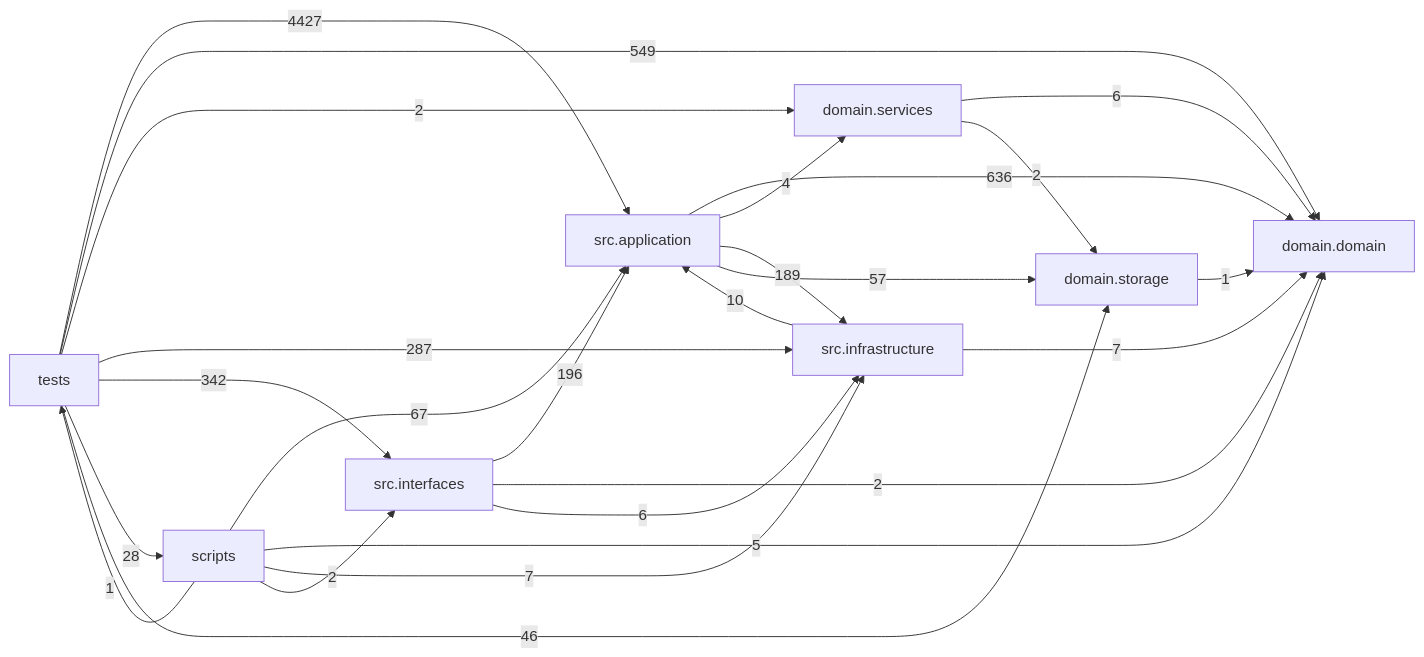
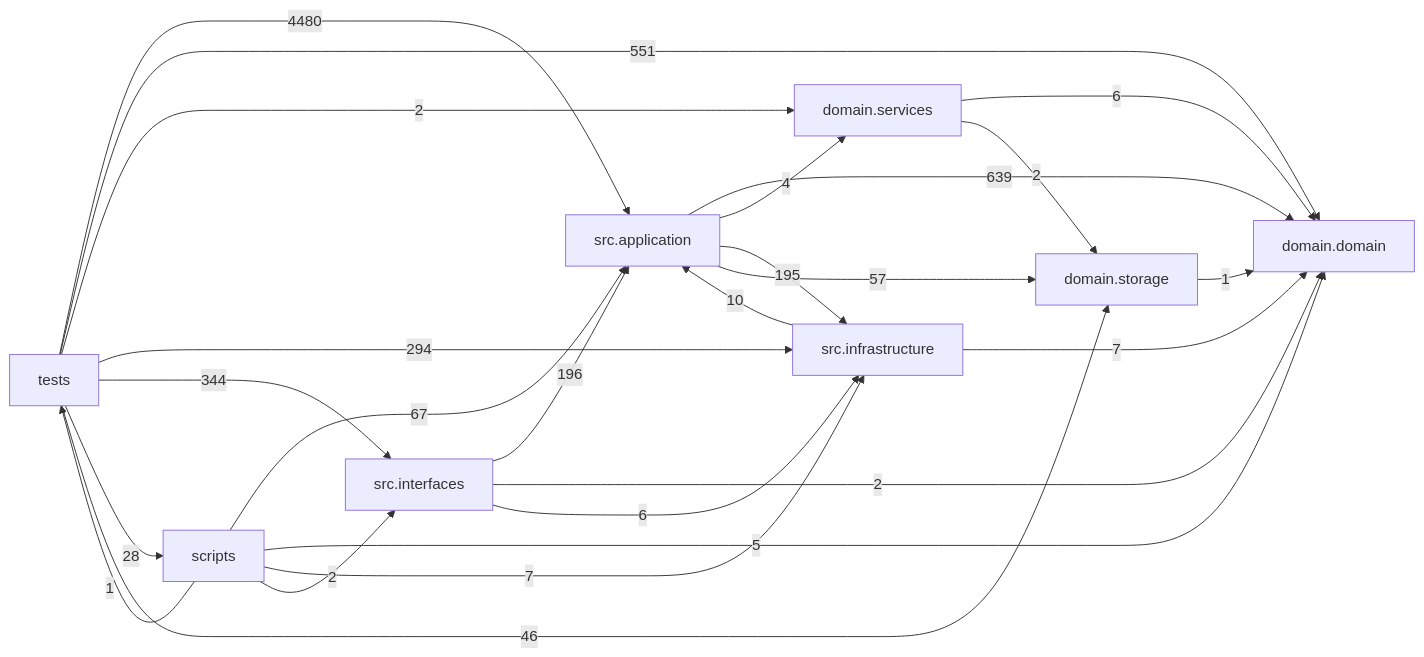
One commit to liuxie066/options-monitor changed the diagram in docs/DEPENDENCY_GRAPH.md. Above: the diagram before and after it, drawn with Mermaid. The commit also changed other lines of this file and 33 other files, not shown here.

````diff
--- a/docs/DEPENDENCY_GRAPH.md
+++ b/docs/DEPENDENCY_GRAPH.md
@@ -24,35 +24,35 @@
 ```mermaid
 flowchart LR
   tests["tests"]
   scripts["scripts"]
   interfaces["src.interfaces"]
   application["src.application"]
   infrastructure["src.infrastructure"]
   domain_services["domain.services"]
   domain["domain.domain"]
   storage["domain.storage"]
-  application -->|636| domain
+  application -->|639| domain
   application -->|4| domain_services
-  application -->|189| infrastructure
+  application -->|195| infrastructure
   application -->|57| storage
   domain_services -->|6| domain
   domain_services -->|2| storage
   infrastructure -->|10| application
   infrastructure -->|7| domain
   interfaces -->|196| application
   interfaces -->|2| domain
   interfaces -->|6| infrastructure
   scripts -->|67| application
   scripts -->|5| domain
   scripts -->|7| infrastructure
   scripts -->|2| interfaces
   scripts -->|1| tests
   storage -->|1| domain
-  tests -->|4427| application
-  tests -->|549| domain
+  tests -->|4480| application
+  tests -->|551| domain
   tests -->|2| domain_services
-  tests -->|287| infrastructure
-  tests -->|342| interfaces
+  tests -->|294| infrastructure
+  tests -->|344| interfaces
   tests -->|28| scripts
   tests -->|46| storage
 ```
````
